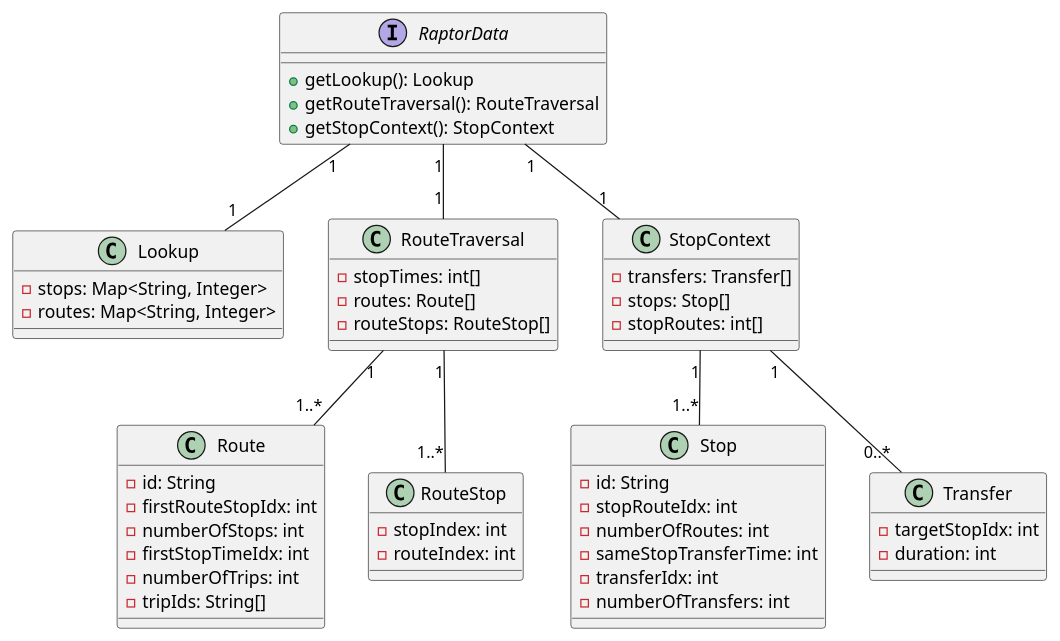
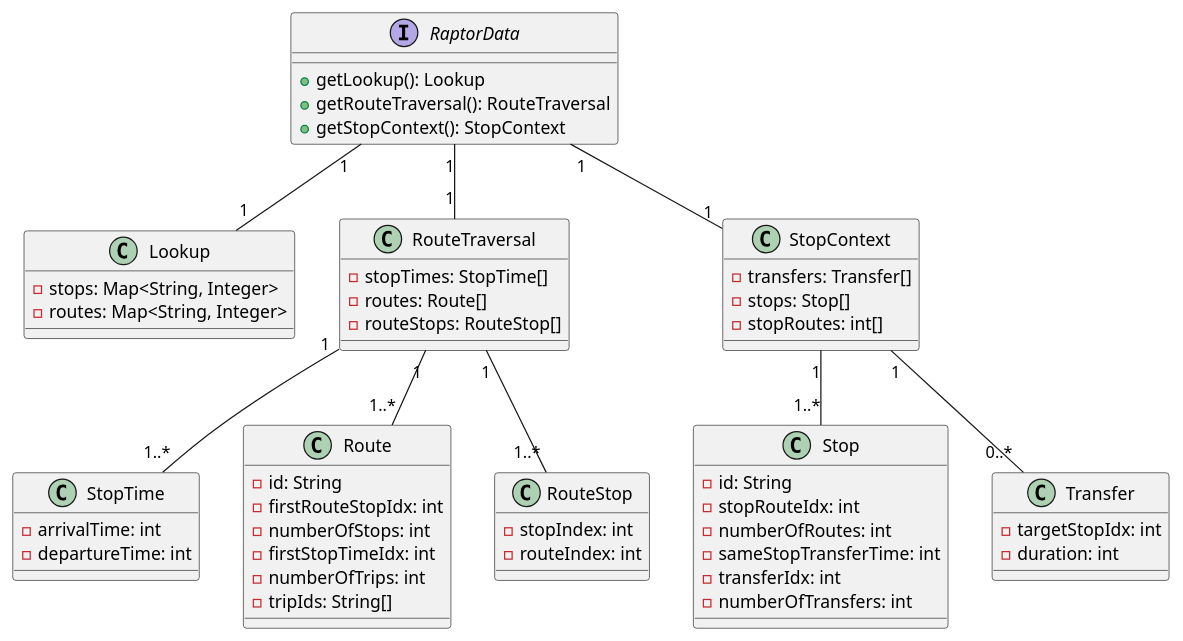
The first of 4 diagrams in Writerside/topics/simple-raptor.md (naviqore/documentation), drawn with PlantUML before and after one commit. The commit also changed other lines of this file, not shown here.

````diff
--- a/Writerside/topics/simple-raptor.md
+++ b/Writerside/topics/simple-raptor.md
@@ -27,66 +27,72 @@
 ```plantuml
 @startuml
 
 interface RaptorData {
     + getLookup(): Lookup
     + getRouteTraversal(): RouteTraversal
     + getStopContext(): StopContext
 }
 
 class Lookup {
    - stops: Map<String, Integer>
    - routes: Map<String, Integer>
 }
 
 class RouteTraversal {
-   - stopTimes: int[]
+   - stopTimes: StopTime[]
    - routes: Route[]
    - routeStops: RouteStop[]
 }
 
 class StopContext {
     - transfers: Transfer[]
     - stops: Stop[]
     - stopRoutes: int[]
+}
+
+class StopTime {
+    - arrivalTime: int
+    - departureTime: int
 }
 
 
 class Route {
   - id: String
   - firstRouteStopIdx: int
   - numberOfStops: int
   - firstStopTimeIdx: int
   - numberOfTrips: int
   - tripIds: String[]
 }
 
 class RouteStop {
     - stopIndex: int
     - routeIndex: int
 }
 
 class Stop {
   - id: String
   - stopRouteIdx: int
   - numberOfRoutes: int
   - sameStopTransferTime: int
   - transferIdx: int
   - numberOfTransfers: int
 }
 
 class Transfer {
     - targetStopIdx: int
     - duration: int
 }
 
 RaptorData "1" -- "1" Lookup
 RaptorData "1" -- "1" RouteTraversal
 RaptorData "1" -- "1" StopContext
 
 RouteTraversal "1" -- "1..*" Route
 RouteTraversal "1" -- "1..*" RouteStop
+RouteTraversal "1" -- "1..*" StopTime
 
 StopContext "1" -- "1..*" Stop
 StopContext "1" -- "0..*" Transfer
 @enduml
 ```
````
